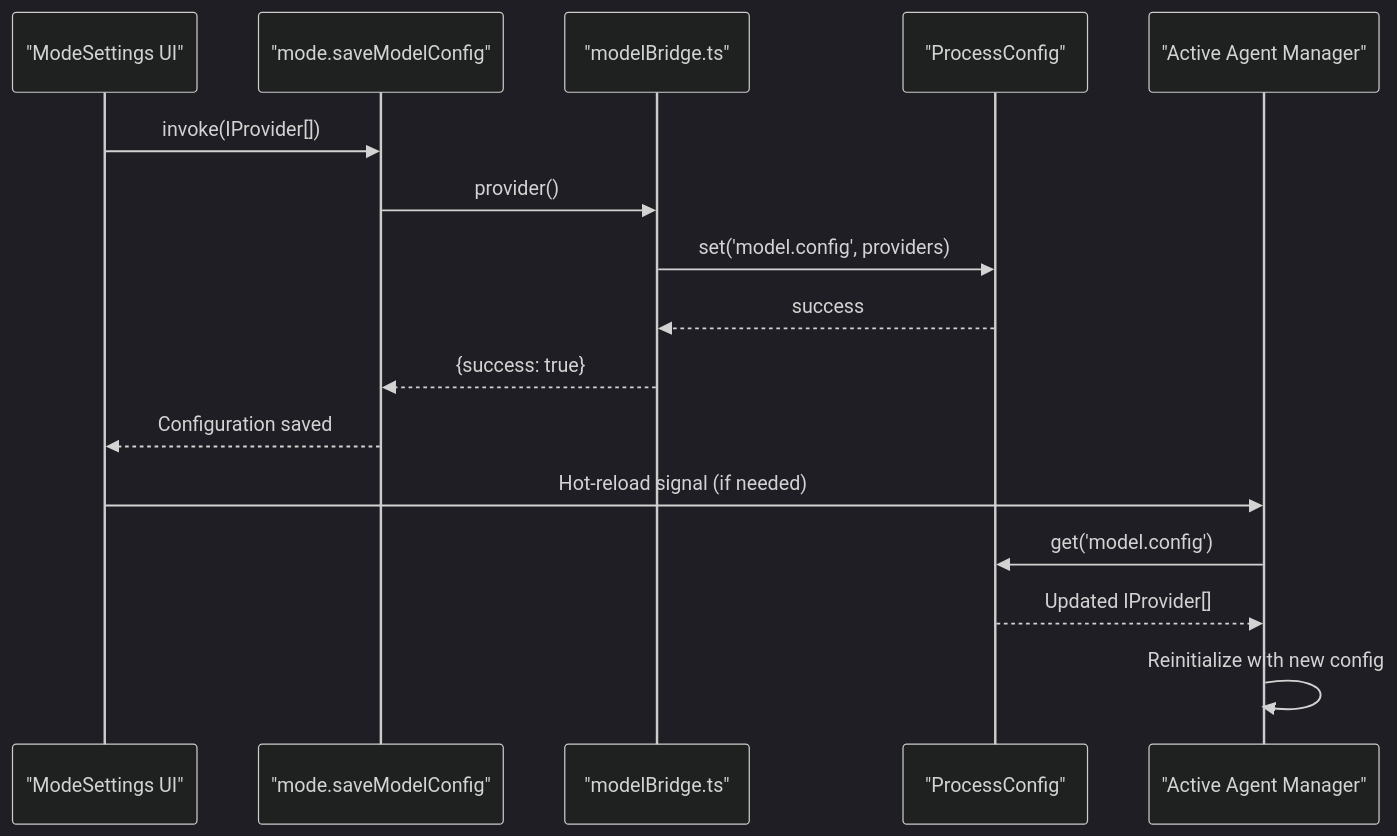
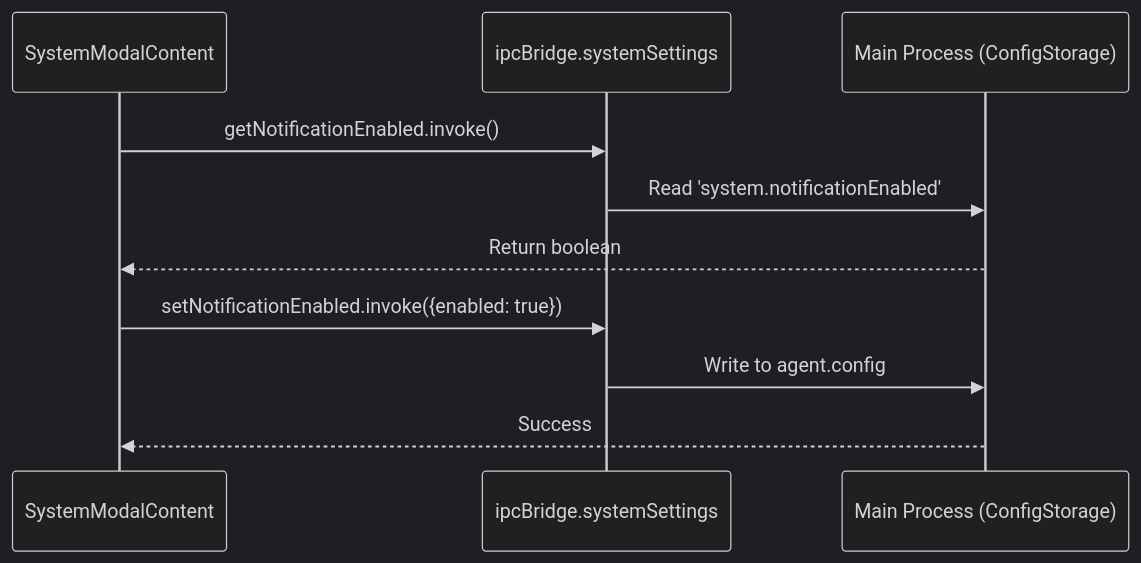
Before and after one commit to blackcater/zentree: the second of 2 diagrams in docs/iOfficeAI_AionUi/configuration-and-persistence/index.md, drawn with Mermaid (dark theme). The commit also changed other lines of this file and 232 other files, not shown here.

````diff
--- a/docs/iOfficeAI_AionUi/configuration-and-persistence/index.md
+++ b/docs/iOfficeAI_AionUi/configuration-and-persistence/index.md
@@ -394,20 +121,14 @@
 ```mermaid
 sequenceDiagram
-    participant Settings as "ModeSettings UI"
-    participant IPC as "mode.saveModelConfig"
-    participant Bridge as "modelBridge.ts"
-    participant Storage as "ProcessConfig"
-    participant Agent as "Active Agent Manager"
-
-    Settings->>IPC: invoke(IProvider[])
-    IPC->>Bridge: provider()
-    Bridge->>Storage: set('model.config', providers)
-    Storage-->>Bridge: success
-    Bridge-->>IPC: {success: true}
-    IPC-->>Settings: Configuration saved
-
-    Settings->>Agent: Hot-reload signal (if needed)
-    Agent->>Storage: get('model.config')
-    Storage-->>Agent: Updated IProvider[]
-    Agent->>Agent: Reinitialize with new config
+    participant UI as SystemModalContent
+    participant Bridge as ipcBridge.systemSettings
+    participant Main as Main Process (ConfigStorage)
+    
+    UI->>Bridge: getNotificationEnabled.invoke()
+    Bridge->>Main: Read 'system.notificationEnabled'
+    Main-->>UI: Return boolean
+    
+    UI->>Bridge: setNotificationEnabled.invoke({enabled: true})
+    Bridge->>Main: Write to agent.config
+    Main-->>UI: Success
 ```
````
